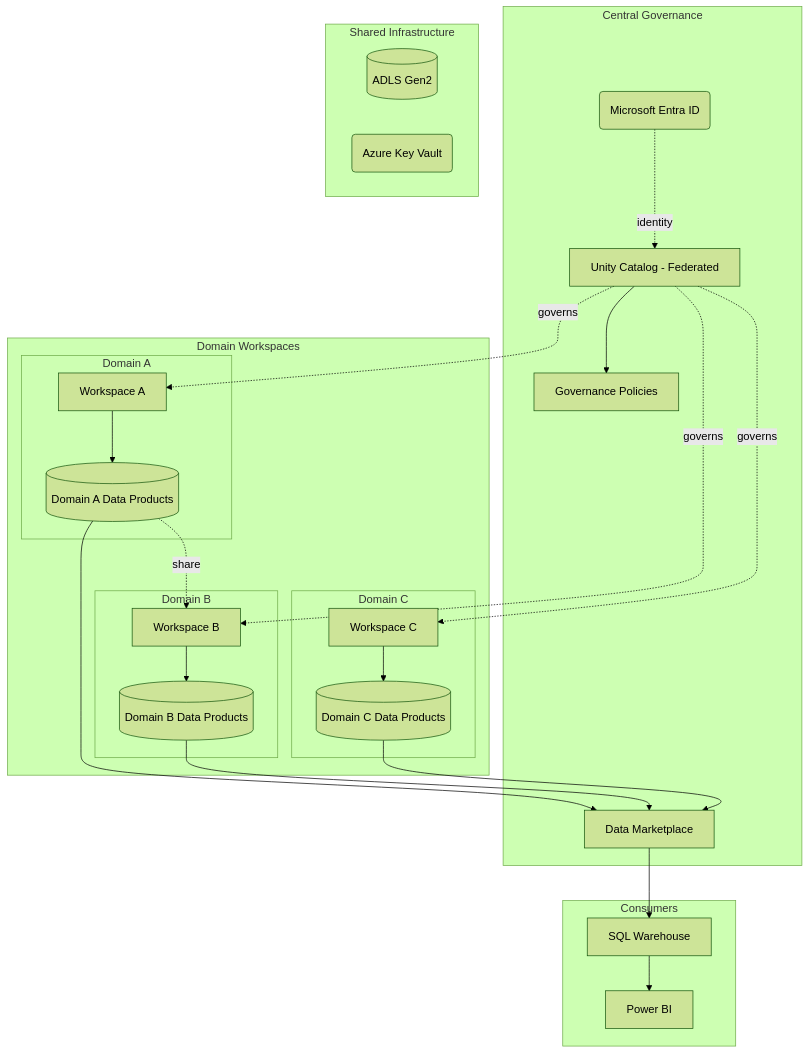
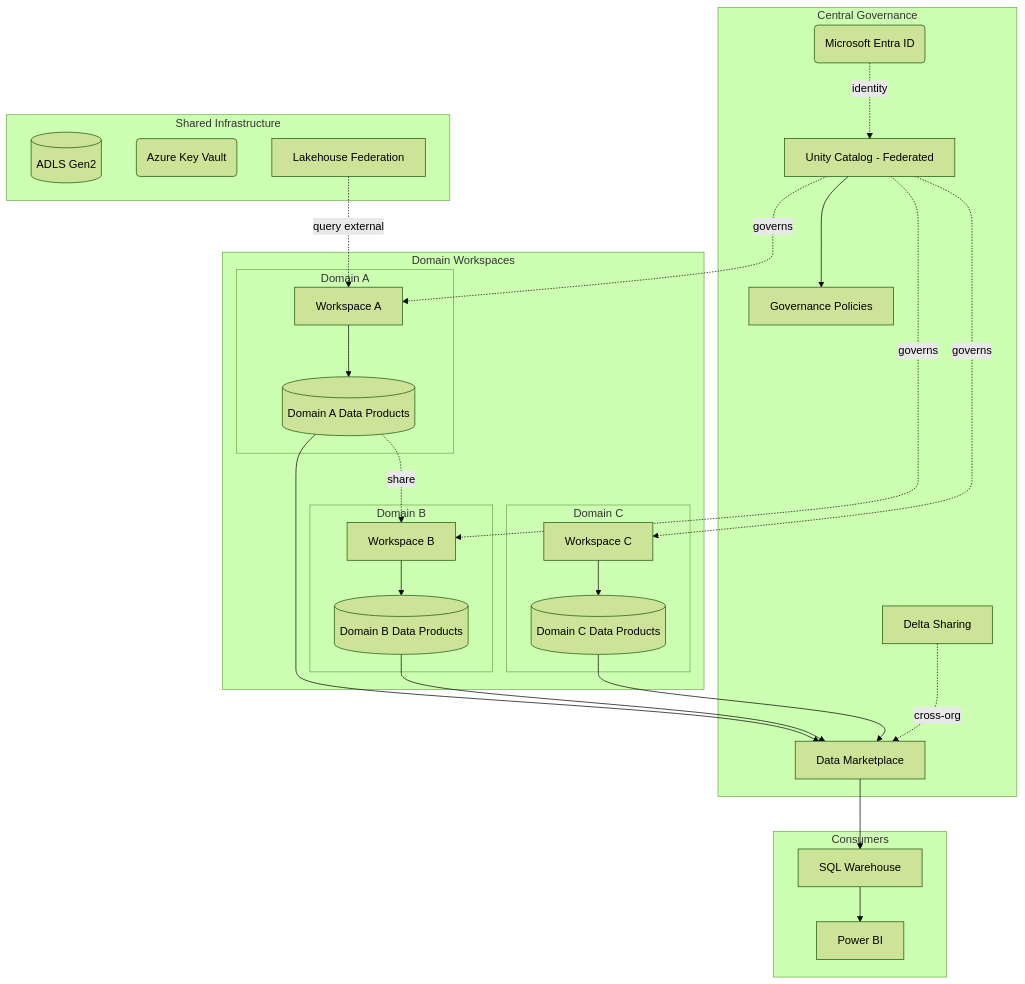
One commit to HaoZhang615/ads-copilot changed the fourth of 9 diagrams in .github/skills/databricks-ads-session/databricks-ads-session/references/databricks-patterns.md. Above: the diagram before and after it, drawn with Mermaid (forest theme). The commit also changed other lines of this file and 23 other files, not shown here.

Commit message:
flow improvement and updates after extensive web search effort and reasoning

````diff
--- a/.github/skills/databricks-ads-session/databricks-ads-session/references/databricks-patterns.md
+++ b/.github/skills/databricks-ads-session/databricks-ads-session/references/databricks-patterns.md
@@ -215,43 +222,47 @@
 ```mermaid
 flowchart TB
   subgraph GOV["Central Governance"]
     UC[Unity Catalog - Federated]
     ENTRA(Microsoft Entra ID)
     MARKETPLACE[Data Marketplace]
     GOVERNANCE[Governance Policies]
+    SHARING[Delta Sharing]
   end
 
   subgraph DOMAINS["Domain Workspaces"]
     subgraph DA["Domain A"]
       WS_A[Workspace A]
       PROD_A[(Domain A Data Products)]
     end
     subgraph DB["Domain B"]
       WS_B[Workspace B]
       PROD_B[(Domain B Data Products)]
     end
     subgraph DC["Domain C"]
       WS_C[Workspace C]
       PROD_C[(Domain C Data Products)]
     end
   end
 
   subgraph INFRA["Shared Infrastructure"]
     ADLS[(ADLS Gen2)]
     KV(Azure Key Vault)
+    FEDERATION[Lakehouse Federation]
   end
 
   subgraph CONSUME["Consumers"]
     SQLWH[SQL Warehouse]
     PBI[Power BI]
   end
 
   ENTRA -.->|identity| UC
   UC --> GOVERNANCE
   UC -.->|governs| WS_A & WS_B & WS_C
   WS_A --> PROD_A --> MARKETPLACE
   WS_B --> PROD_B --> MARKETPLACE
   WS_C --> PROD_C --> MARKETPLACE
   PROD_A -.->|share| WS_B
+  SHARING -.->|cross-org| MARKETPLACE
+  FEDERATION -.->|query external| WS_A
   MARKETPLACE --> SQLWH --> PBI
 ```
````
